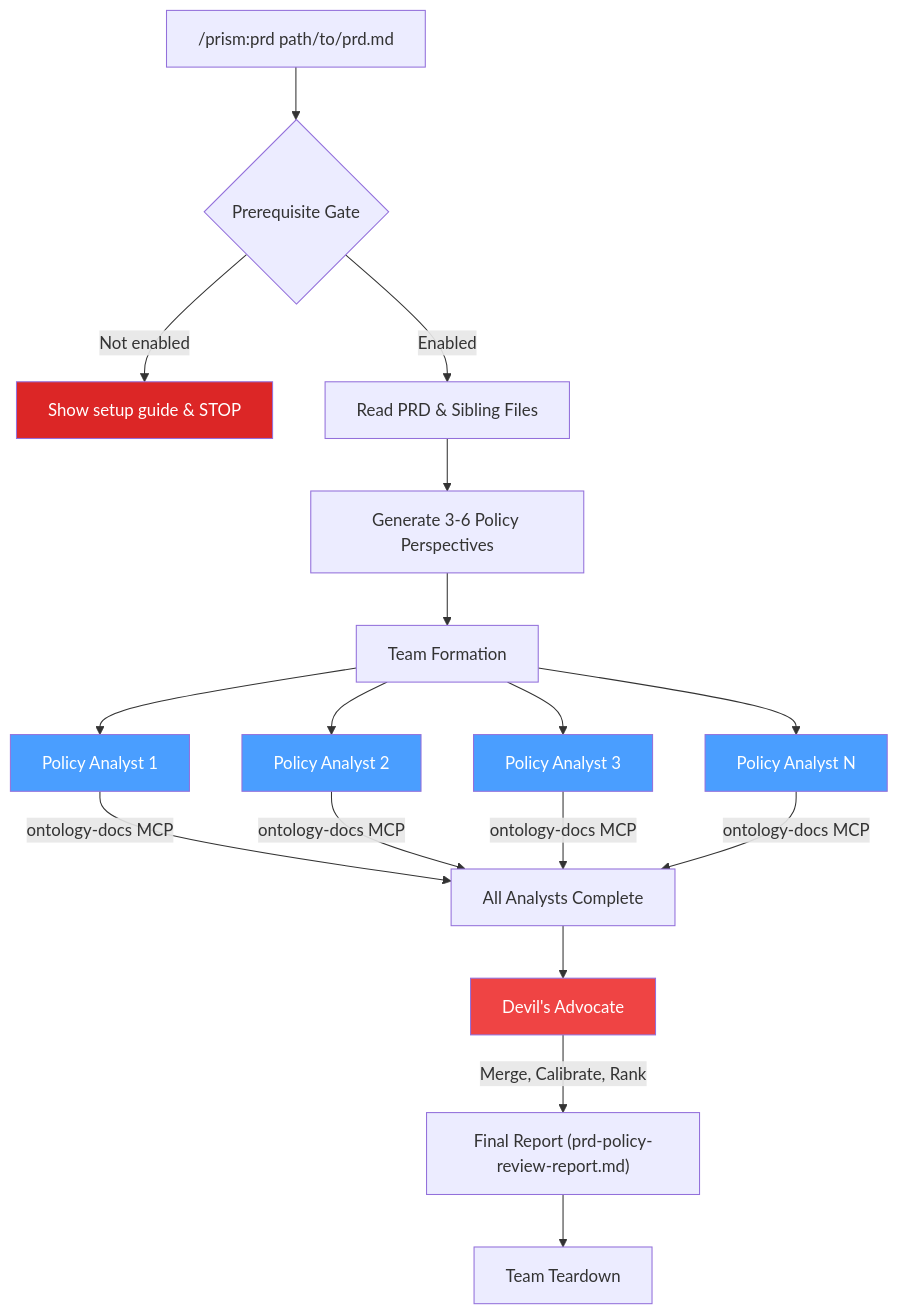
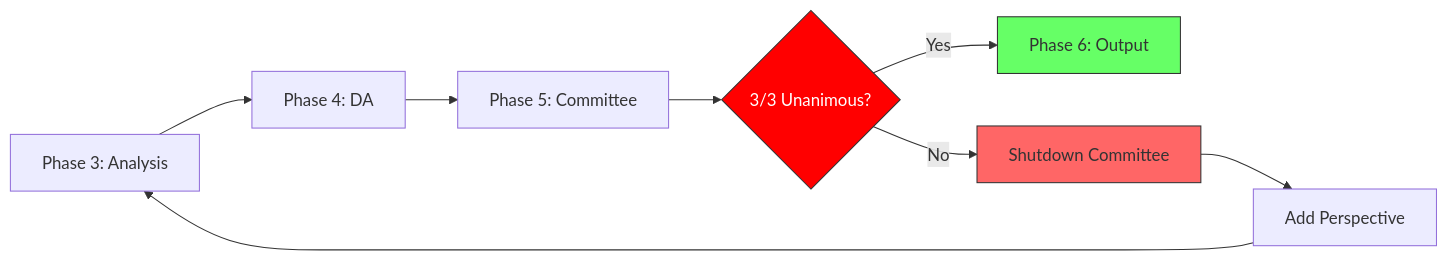
One commit to valentin1235/prism changed the third of 4 diagrams in README.md. Above: the diagram before and after it, drawn with Mermaid. The commit also changed other lines of this file and 7 other files, not shown here.

````diff
--- a/README.md
+++ b/README.md
@@ -235,31 +150,14 @@
 ```mermaid
-graph TD
-    A["/prism:prd path/to/prd.md"] --> B{Prerequisite Gate}
-    B -->|Not enabled| X[Show setup guide & STOP]
-    B -->|Enabled| C[Read PRD & Sibling Files]
-    C --> D[Generate 3-6 Policy Perspectives]
+graph LR
+    A[Phase 3: Analysis] --> B[Phase 4: DA]
+    B --> C[Phase 5: Committee]
+    C --> D{3/3 Unanimous?}
+    D -->|Yes| E[Phase 6: Output]
+    D -->|No| F[Shutdown Committee]
+    F --> G[Add Perspective]
+    G --> A
 
-    D --> E[Team Formation]
-
-    E --> F1[Policy Analyst 1]
-    E --> F2[Policy Analyst 2]
-    E --> F3[Policy Analyst 3]
-    E --> FN[Policy Analyst N]
-
-    F1 -->|ontology-docs MCP| G[All Analysts Complete]
-    F2 -->|ontology-docs MCP| G
-    F3 -->|ontology-docs MCP| G
-    FN -->|ontology-docs MCP| G
-
-    G --> H[Devil's Advocate]
-    H -->|Merge, Calibrate, Rank| I["Final Report (prd-policy-review-report.md)"]
-
-    I --> J[Team Teardown]
-
-    style F1 fill:#4a9eff,color:#fff
-    style F2 fill:#4a9eff,color:#fff
-    style F3 fill:#4a9eff,color:#fff
-    style FN fill:#4a9eff,color:#fff
-    style H fill:#ef4444,color:#fff
-    style X fill:#dc2626,color:#fff
+    style D fill:#f00,color:#fff,stroke:#333
+    style F fill:#f66,stroke:#333
+    style E fill:#6f6,stroke:#333
 ```
````
